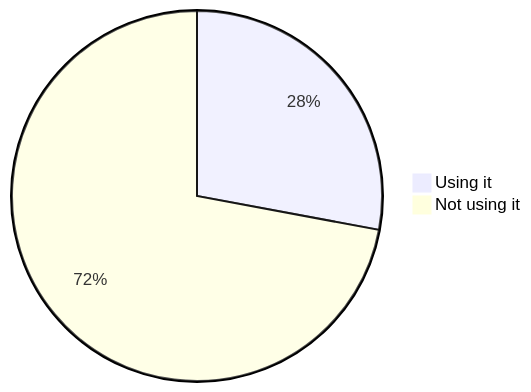
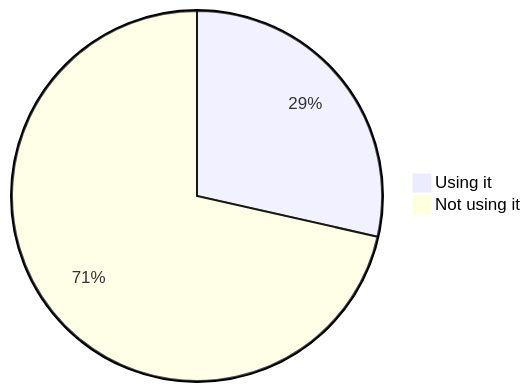
One commit to oshp/oshp-stats changed diagram 15 of 22 in stats.md. Above: the diagram before and after it, drawn with Mermaid. The commit also changed other lines of this file, not shown here.

````diff
--- a/stats.md
+++ b/stats.md
@@ -178,6 +178,6 @@
 ```mermaid
 pie
-	"Using it" : 27.93
-	"Not using it" : 72.07
+	"Using it" : 28.53
+	"Not using it" : 71.47
 
 ```
````
